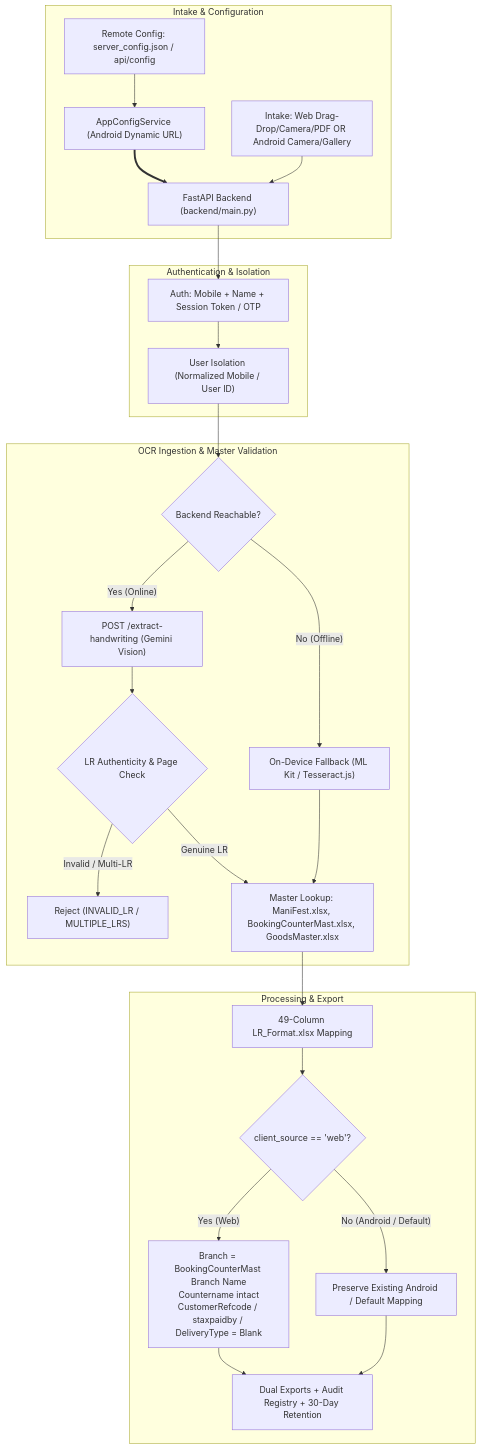
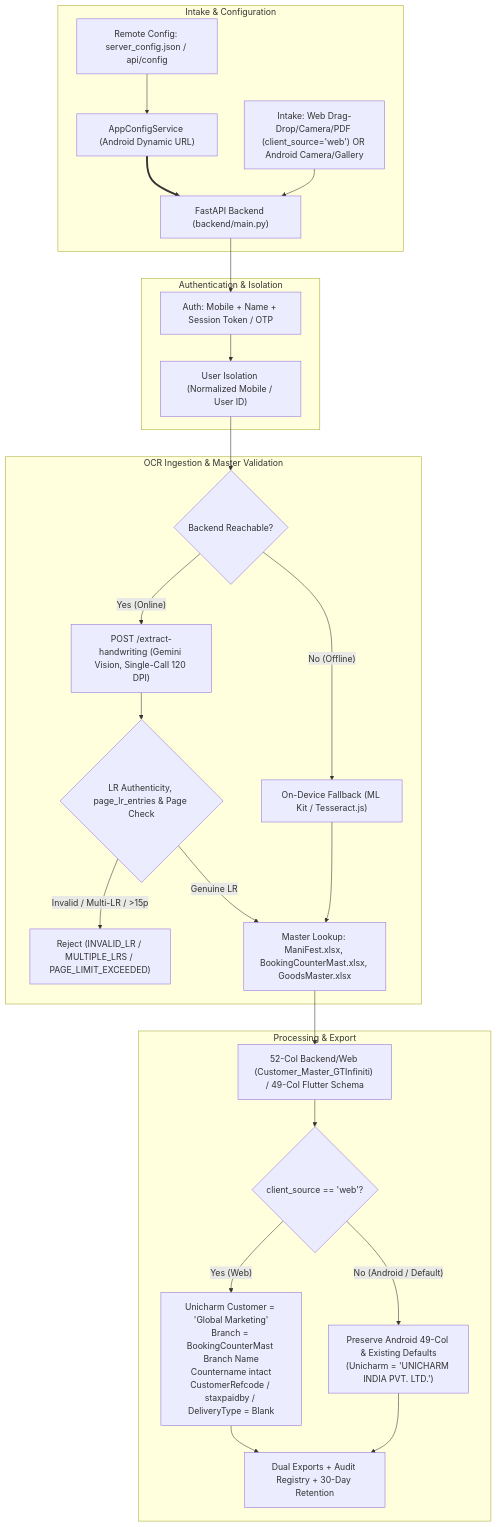
Before and after one commit to manojglobal/lr_ocr_scanner: the diagram in docs/CONTEXT.md, drawn with Mermaid. The commit also changed other lines of this file and 4 other files, not shown here.

Commit message:
Fix(Frontend): [901] default Unicharm customer to Global Marketing

````diff
--- a/docs/CONTEXT.md
+++ b/docs/CONTEXT.md
@@ -36,33 +37,33 @@
 ```mermaid
 flowchart TD
     subgraph Intake & Configuration
-        A["Intake: Web Drag-Drop/Camera/PDF OR Android Camera/Gallery"]
+        A["Intake: Web Drag-Drop/Camera/PDF (client_source='web') OR Android Camera/Gallery"]
         RC["Remote Config: server_config.json / api/config"] --> ACS["AppConfigService (Android Dynamic URL)"]
         ACS ==> SVR["FastAPI Backend (backend/main.py)"]
         A --> SVR
     end
 
     subgraph Authentication & Isolation
         SVR --> B["Auth: Mobile + Name + Session Token / OTP"]
         B --> ISO["User Isolation (Normalized Mobile / User ID)"]
     end
 
     subgraph OCR Ingestion & Master Validation
         ISO --> E{"Backend Reachable?"}
-        E -- "Yes (Online)" --> F1["POST /extract-handwriting (Gemini Vision)"]
+        E -- "Yes (Online)" --> F1["POST /extract-handwriting (Gemini Vision, Single-Call 120 DPI)"]
         E -- "No (Offline)" --> F2["On-Device Fallback (ML Kit / Tesseract.js)"]
-        F1 --> VAL{"LR Authenticity & Page Check"}
-        VAL -- "Invalid / Multi-LR" --> REJ["Reject (INVALID_LR / MULTIPLE_LRS)"]
+        F1 --> VAL{"LR Authenticity, page_lr_entries & Page Check"}
+        VAL -- "Invalid / Multi-LR / >15p" --> REJ["Reject (INVALID_LR / MULTIPLE_LRS / PAGE_LIMIT_EXCEEDED)"]
         VAL -- "Genuine LR" --> MD["Master Lookup: ManiFest.xlsx, BookingCounterMast.xlsx, GoodsMaster.xlsx"]
         F2 --> MD
     end
 
     subgraph Processing & Export
-        MD --> M["49-Column LR_Format.xlsx Mapping"]
+        MD --> M["52-Col Backend/Web (Customer_Master_GTInfiniti) / 49-Col Flutter Schema"]
         M --> W{"client_source == 'web'?"}
-        W -- "Yes (Web)" --> W1["Branch = BookingCounterMast Branch Name\nCountername intact\nCustomerRefcode / staxpaidby / DeliveryType = Blank"]
-        W -- "No (Android / Default)" --> W2["Preserve Existing Android / Default Mapping"]
+        W -- "Yes (Web)" --> W1["Unicharm Customer = 'Global Marketing'\nBranch = BookingCounterMast Branch Name\nCountername intact\nCustomerRefcode / staxpaidby / DeliveryType = Blank"]
+        W -- "No (Android / Default)" --> W2["Preserve Android 49-Col & Existing Defaults\n(Unicharm = 'UNICHARM INDIA PVT. LTD.')"]
         W1 --> X["Dual Exports + Audit Registry + 30-Day Retention"]
         W2 --> X
     end
 ```
````
